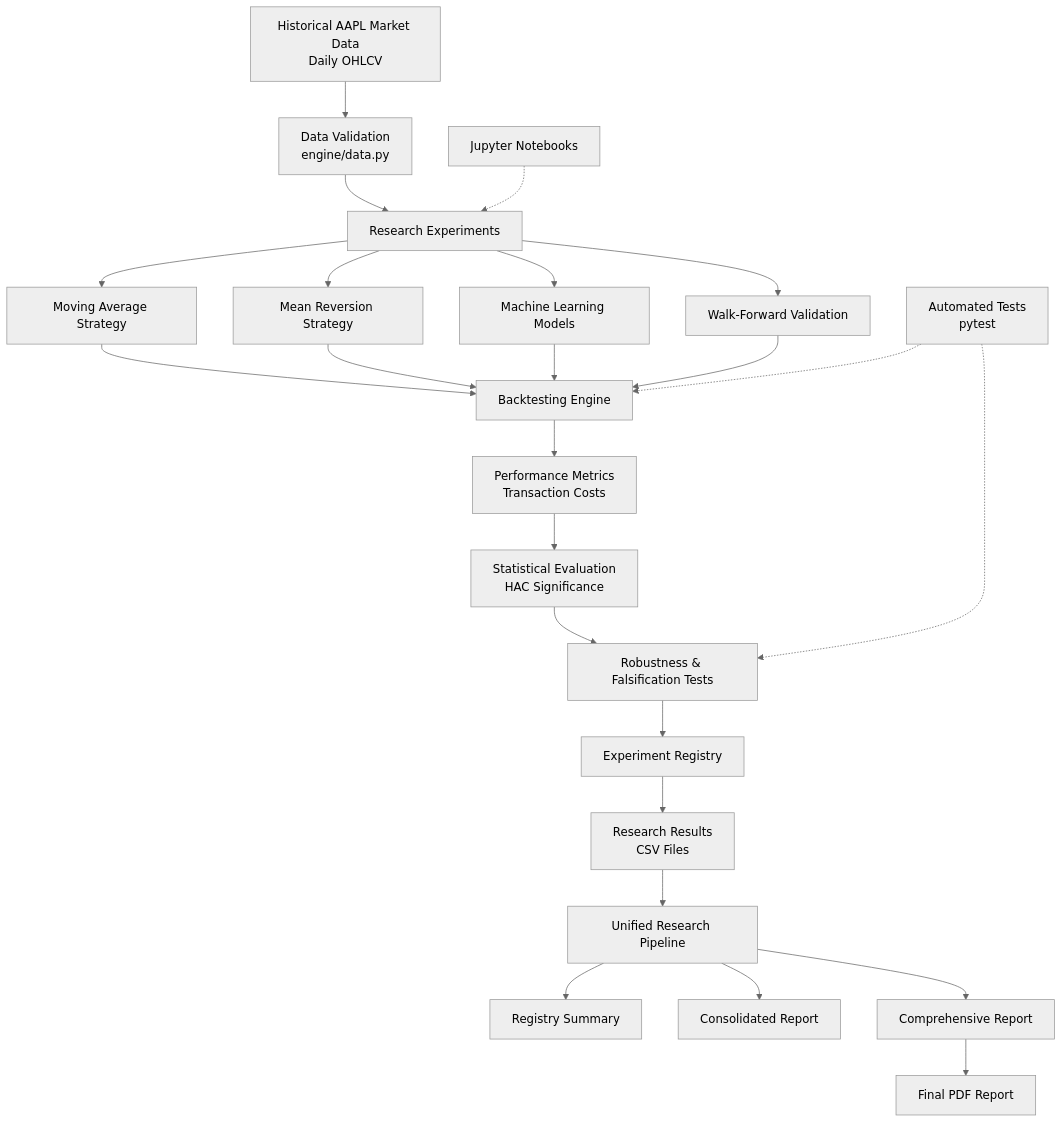
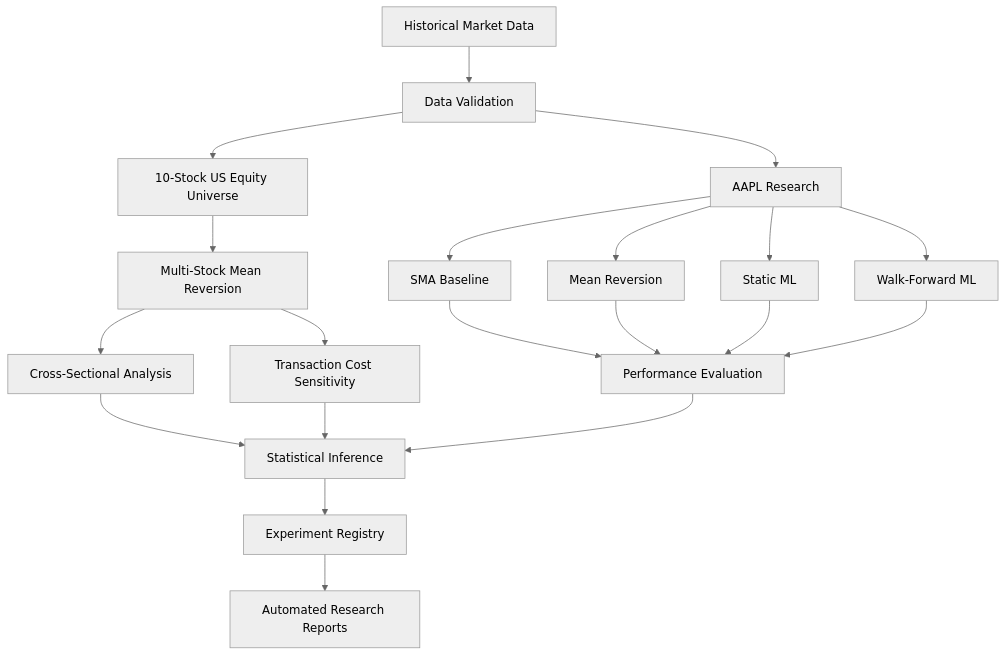
One commit to Ash-Win-daft/ai-quant-research-lab changed the diagram in README.md. Above: the diagram before and after it, drawn with Mermaid (neutral theme). The commit also changed other lines of this file, not shown here.

Commit message:
Rewrite README for multi-stock quant research

````diff
--- a/README.md
+++ b/README.md
@@ -16,32 +62,26 @@
 ```mermaid
 flowchart TD
-    A["Historical AAPL Market Data<br/>Daily OHLCV"] --> B["Data Validation<br/>engine/data.py"]
-    B --> C["Research Experiments"]
+    A["Historical Market Data"] --> B["Data Validation"]
+    B --> C["AAPL Research"]
+    B --> D["10-Stock US Equity Universe"]
 
-    C --> D["Moving Average Strategy"]
-    C --> E["Mean Reversion Strategy"]
-    C --> F["Machine Learning Models"]
-    C --> G["Walk-Forward Validation"]
+    C --> E["SMA Baseline"]
+    C --> F["Mean Reversion"]
+    C --> G["Static ML"]
+    C --> H["Walk-Forward ML"]
 
-    D --> H["Backtesting Engine"]
-    E --> H
-    F --> H
-    G --> H
+    D --> I["Multi-Stock Mean Reversion"]
+    I --> J["Cross-Sectional Analysis"]
+    I --> K["Transaction Cost Sensitivity"]
 
-    H --> I["Performance Metrics<br/>Transaction Costs"]
-    I --> J["Statistical Evaluation<br/>HAC Significance"]
-    J --> K["Robustness & Falsification Tests"]
+    E --> L["Performance Evaluation"]
+    F --> L
+    G --> L
+    H --> L
+    J --> M["Statistical Inference"]
+    K --> M
+    L --> M
 
-    K --> L["Experiment Registry"]
-    L --> M["Research Results<br/>CSV Files"]
-
-    M --> N["Unified Research Pipeline"]
-    N --> O["Registry Summary"]
-    N --> P["Consolidated Report"]
-    N --> Q["Comprehensive Report"]
-    Q --> R["Final PDF Report"]
-
-    S["Jupyter Notebooks"] -.-> C
-    T["Automated Tests<br/>pytest"] -.-> H
-    T -.-> K
+    M --> N["Experiment Registry"]
+    N --> O["Automated Research Reports"]
 ```
````
